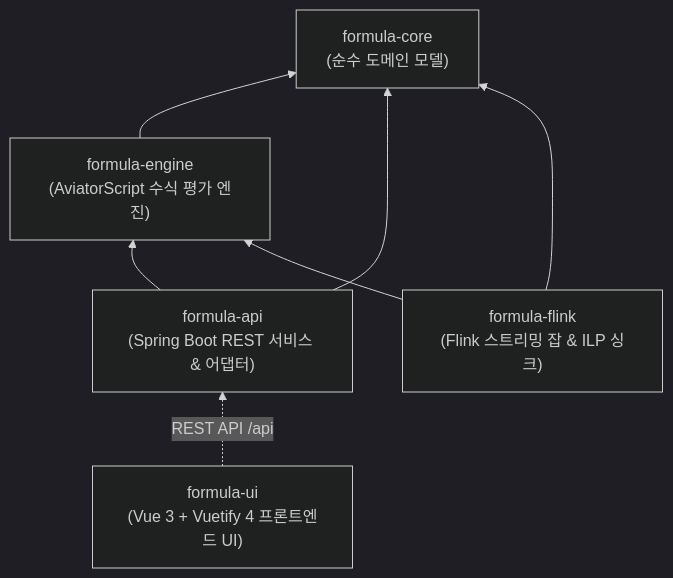
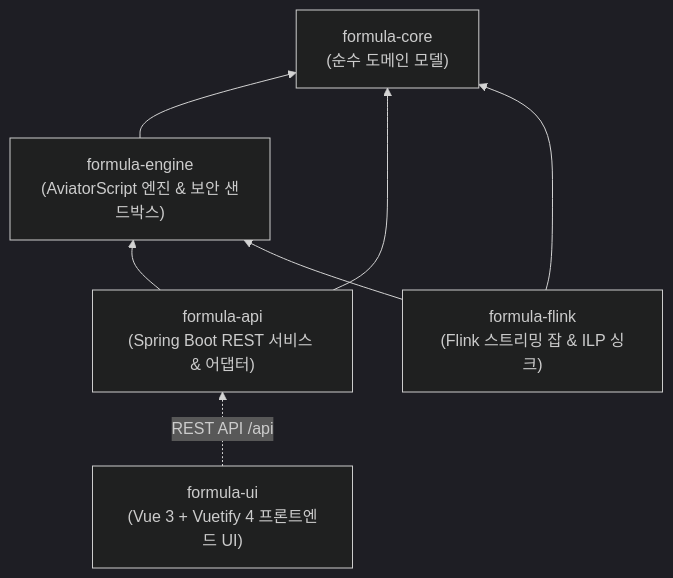
Before and after one commit to imoil/formula-evaluator-service: the second of 3 diagrams in README.md, drawn with Mermaid (dark theme). The commit also changed other lines of this file and 4 other files, not shown here.

First line of the commit message:
docs: update architecture, README, GEMINI, and frontend/streaming guides

````diff
--- a/README.md
+++ b/README.md
@@ -88,15 +93,15 @@
 ```mermaid
 flowchart BT
     formulaCore["formula-core<br/>(순수 도메인 모델)"]
-    formulaEngine["formula-engine<br/>(AviatorScript 수식 평가 엔진)"]
+    formulaEngine["formula-engine<br/>(AviatorScript 엔진 & 보안 샌드박스)"]
     formulaApi["formula-api<br/>(Spring Boot REST 서비스 & 어댑터)"]
     formulaFlink["formula-flink<br/>(Flink 스트리밍 잡 & ILP 싱크)"]
     formulaUi["formula-ui<br/>(Vue 3 + Vuetify 4 프론트엔드 UI)"]
 
     formulaEngine --> formulaCore
     formulaApi --> formulaCore
     formulaApi --> formulaEngine
     formulaFlink --> formulaCore
     formulaFlink --> formulaEngine
     formulaUi -.->|REST API /api| formulaApi
 ```
````
